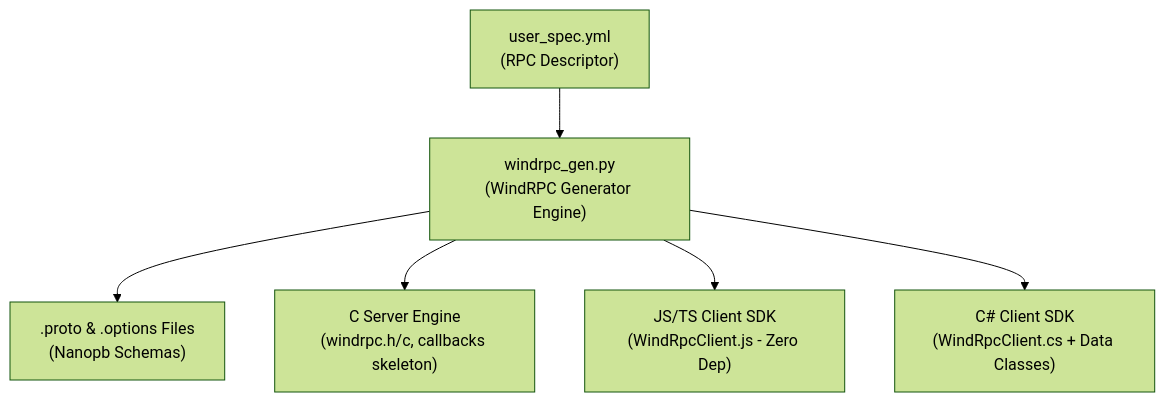
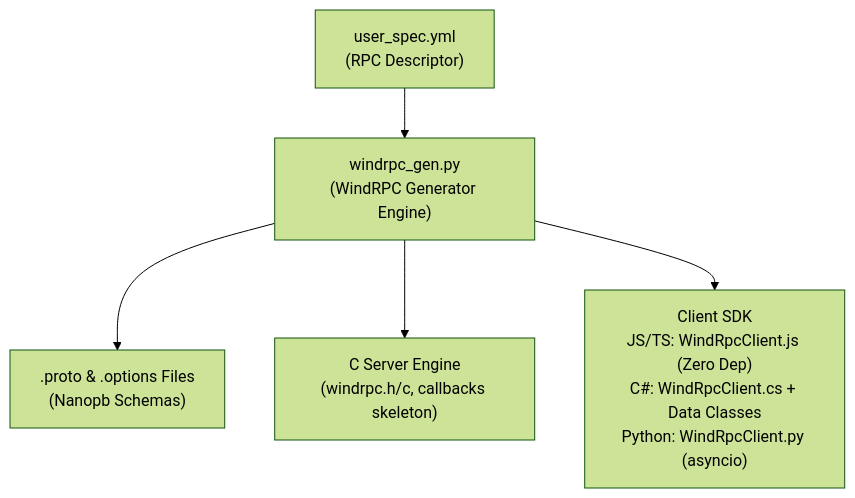
Before and after one commit to micro-artwork/windrpc: the first of 2 diagrams in README.md, drawn with Mermaid (forest theme). The commit also changed other lines of this file and 1 other file, not shown here.

Commit message:
docs: consolidate client SDK boxes into single node with per-language breakdown in diagrams

````diff
--- a/README.md
+++ b/README.md
@@ -33,8 +33,7 @@
 ```mermaid
 flowchart TD
     YAML["user_spec.yml<br/>(RPC Descriptor)"] --> GEN["windrpc_gen.py<br/>(WindRPC Generator Engine)"]
     GEN --> Proto[".proto & .options Files<br/>(Nanopb Schemas)"]
     GEN --> CServer["C Server Engine<br/>(windrpc.h/c, callbacks skeleton)"]
-    GEN --> JSClient["JS/TS Client SDK<br/>(WindRpcClient.js - Zero Dep)"]
-    GEN --> CSClient["C# Client SDK<br/>(WindRpcClient.cs + Data Classes)"]
+    GEN --> Client["Client SDK<br/>JS/TS: WindRpcClient.js (Zero Dep)<br/>C#: WindRpcClient.cs + Data Classes<br/>Python: WindRpcClient.py (asyncio)"]
 ```
````
